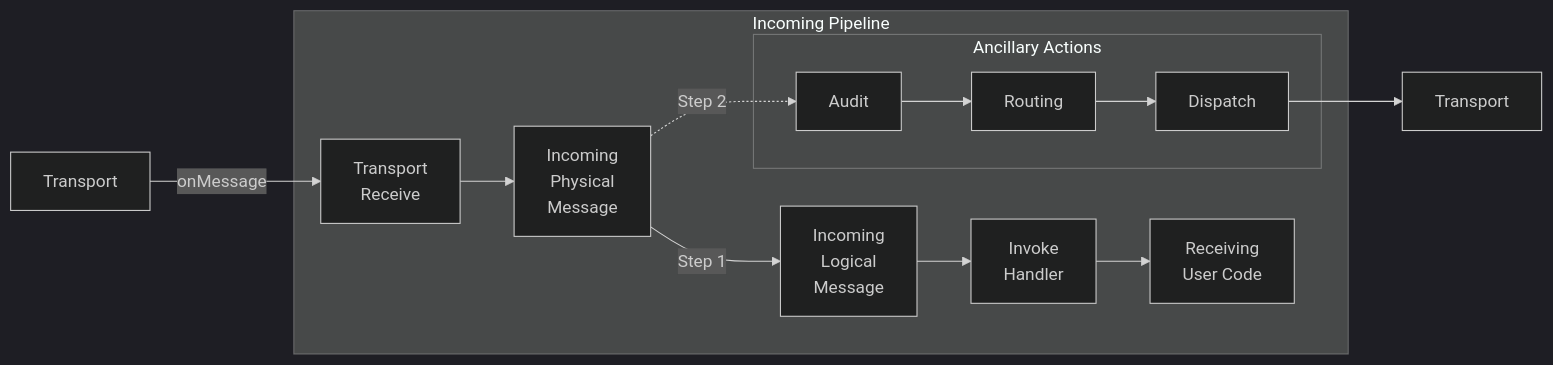
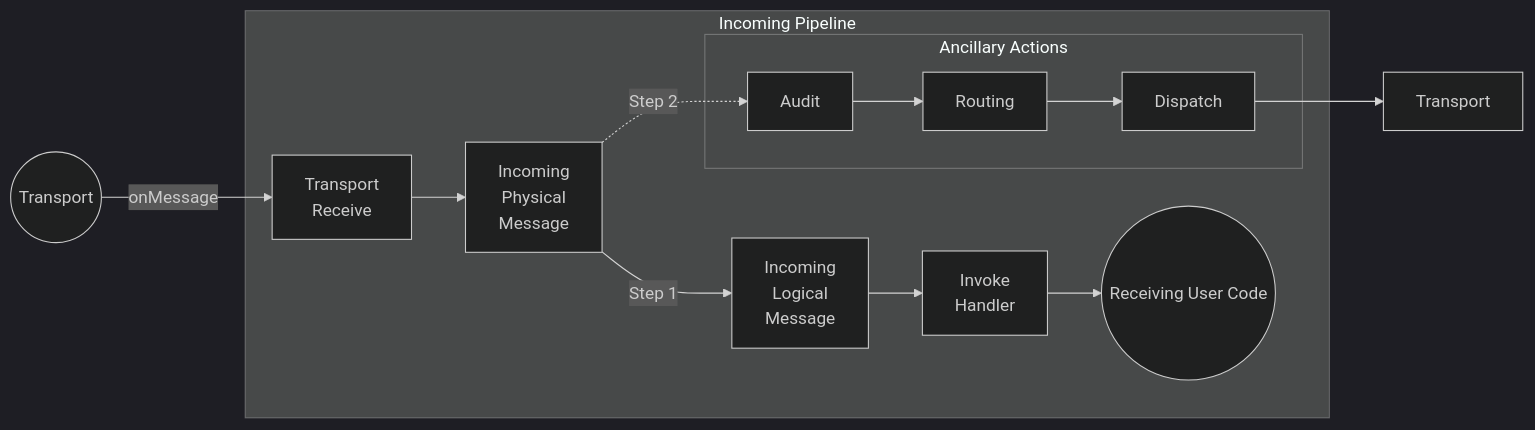
One commit to Particular/docs.particular.net changed the diagram in nservicebus/pipeline/steps-stages-connectors_incoming_core_[8.0,).partial.md. Above: the diagram before and after it, drawn with Mermaid (dark theme). The commit also changed 3 other files, not shown here.

````diff
--- a/nservicebus/pipeline/steps-stages-connectors_incoming_core_[8.0,).partial.md
+++ b/nservicebus/pipeline/steps-stages-connectors_incoming_core_[8.0,).partial.md
@@ -10,41 +10,38 @@
 ```mermaid
 graph LR
 
-Transport[Transport]
-
+Transport((Transport))
 
 subgraph Incoming Pipeline
 TR[Transport<br>Receive]
 IH[Invoke<br>Handler]
 ILM[Incoming<br>Logical<br>Message]
 IPM[Incoming<br>Physical<br>Message]
-RUC[Receiving<br>User Code]
+RUC((Receiving User Code))
 
 subgraph Ancillary Actions
 Audit[Audit]
 Routing
 Dispatch
 end
 
 end
 
 AncillaryTransport[Transport]
-
-
 
 Transport -- onMessage --> TR
 IPM -- Step 1 --> ILM
 IPM -. Step 2 .-> Audit
 ILM --> IH
 
 TR --> IPM
 IH --> RUC
 
 Dispatch --> AncillaryTransport
 Audit --> Routing
 Routing --> Dispatch
 
 click IH "/nservicebus/handlers-and-sagas"
 click Transport "/transports/"
 click Audit "/nservicebus/operations/auditing"
 ```
````
